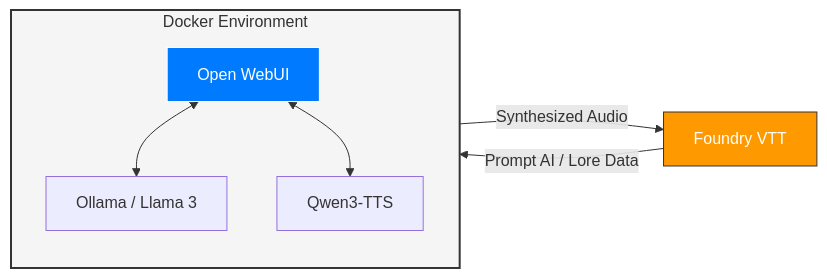
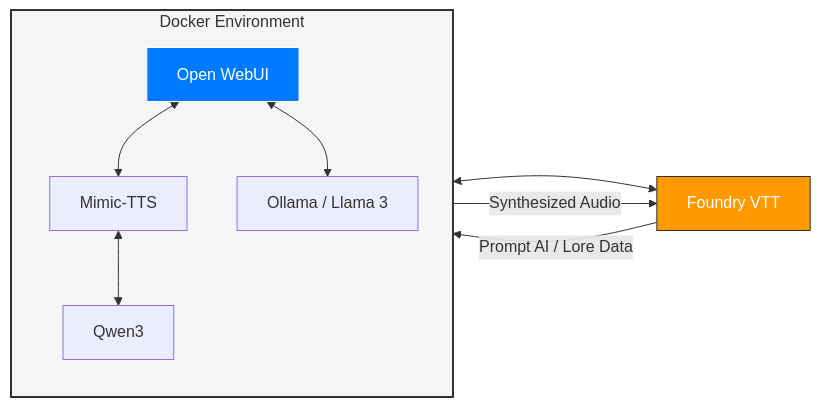
One commit to grimmvenom/FoundryVTT_AI changed the diagram in README.md. Above: the diagram before and after it, drawn with Mermaid. The commit also changed other lines of this file, not shown here.

````diff
--- a/README.md
+++ b/README.md
@@ -25,23 +18,25 @@
 ```mermaid
 graph LR
     subgraph Docker_Container_Network ["Docker Environment"]
         direction TB
+        Mimic["Mimic-TTS"]
         OW["Open WebUI"]
         Ollama["Ollama / Llama 3"]
-        TTS["Qwen3-TTS"]
+        qwen["Qwen3"]
         
         OW <--> Ollama
-        OW <--> TTS
+        OW <--> Mimic
+        Mimic <--> qwen
     end
 
     Foundry["Foundry VTT"]
-
+    Mimic <--> Foundry
     %% Connections
     Foundry -->|Prompt AI / Lore Data| OW
     OW -->|Synthesized Audio| Foundry
 
     %% Styling
     style Docker_Container_Network fill:#f5f5f5,stroke:#333,stroke-width:2px
     style Foundry fill:#ff9900,stroke:#333,color:#fff
     style OW fill:#007bff,stroke:#fff,color:#fff
 ```
````
